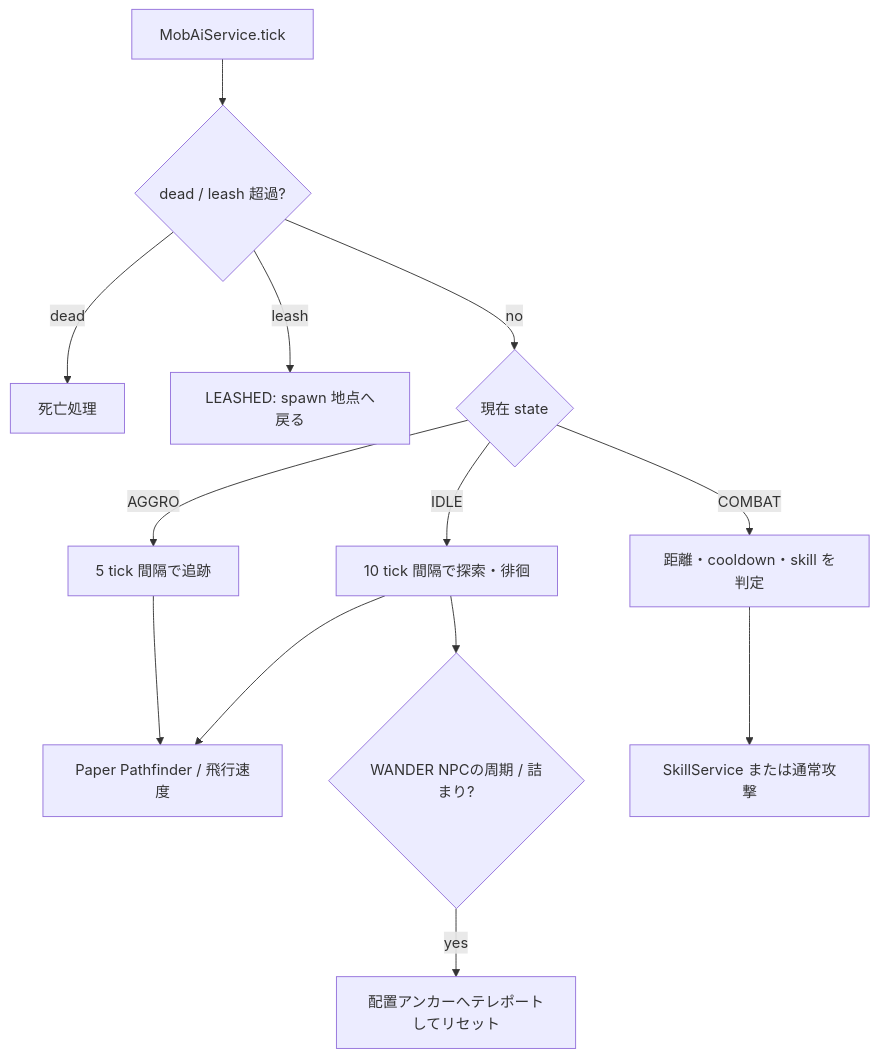
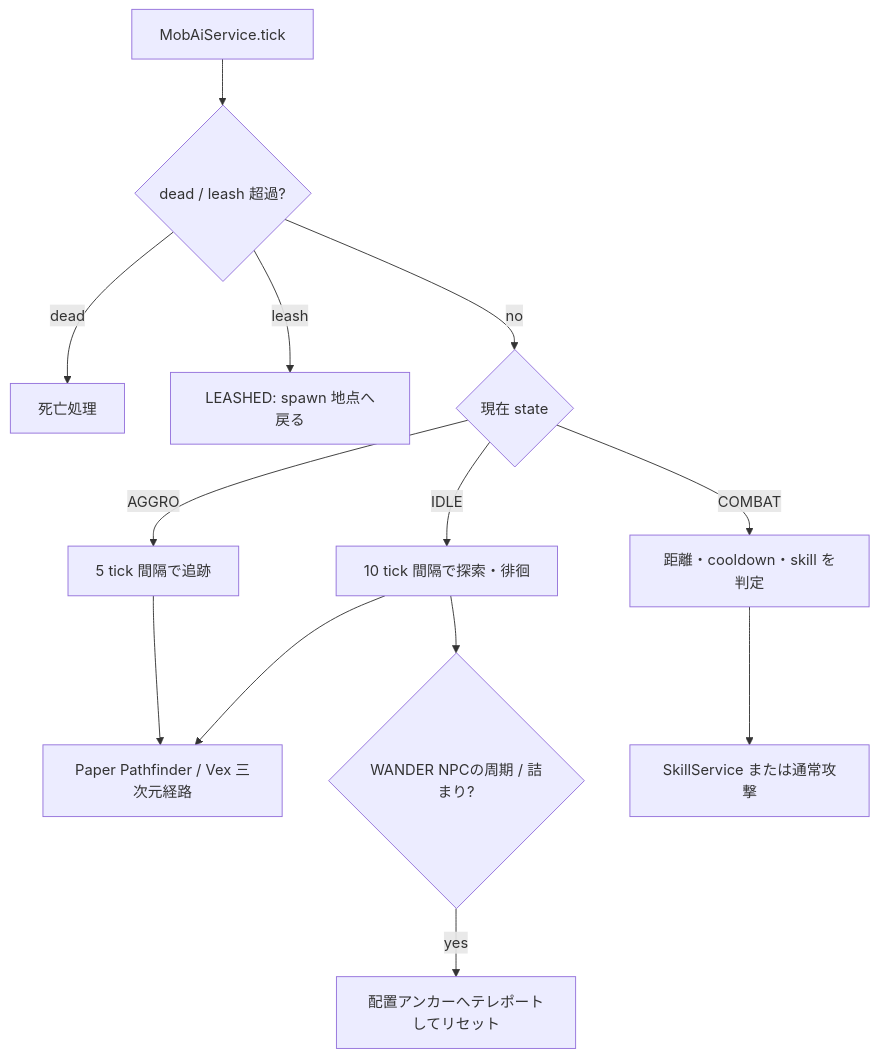
One commit to maaasu/AstralRecord-Workspace changed the second of 7 diagrams in 00_docs/10_Plugin設計書/feature/12-mob/12_4-統合フロー.md. Above: the diagram before and after it, drawn with Mermaid. The commit also changed other lines of this file and 11 other files, not shown here.

````diff
--- a/00_docs/10_Plugin設計書/feature/12-mob/12_4-統合フロー.md
+++ b/00_docs/10_Plugin設計書/feature/12-mob/12_4-統合フロー.md
@@ -44,15 +44,15 @@
 ```mermaid
 flowchart TD
     T[MobAiService.tick] --> D{dead / leash 超過?}
     D -- dead --> X[死亡処理]
     D -- leash --> L[LEASHED: spawn 地点へ戻る]
     D -- no --> S{現在 state}
     S -- IDLE --> I[10 tick 間隔で探索・徘徊]
     S -- AGGRO --> A[5 tick 間隔で追跡]
     S -- COMBAT --> C[距離・cooldown・skill を判定]
-    I --> P[Paper Pathfinder / 飛行速度]
+    I --> P[Paper Pathfinder / Vex 三次元経路]
     I --> R{WANDER NPCの周期 / 詰まり?}
     R -- yes --> Z[配置アンカーへテレポートしてリセット]
     A --> P
     C --> K[SkillService または通常攻撃]
 ```
````
